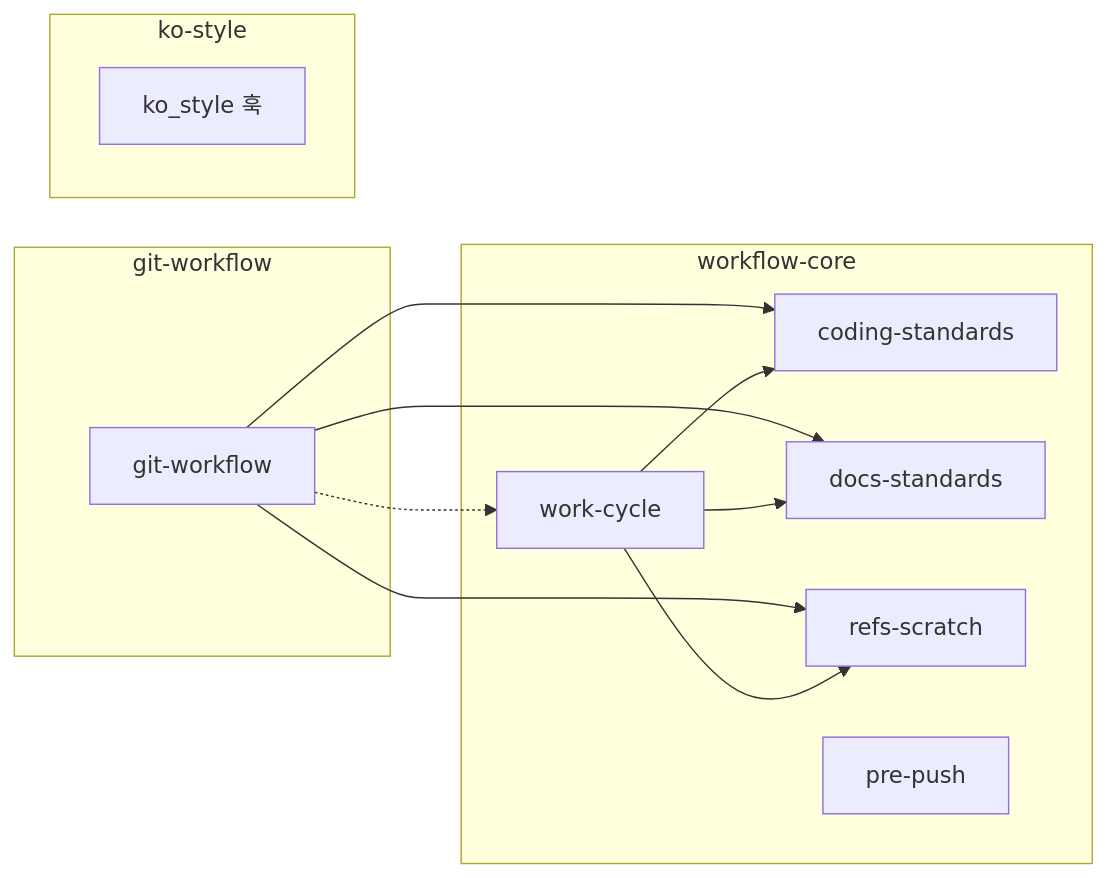
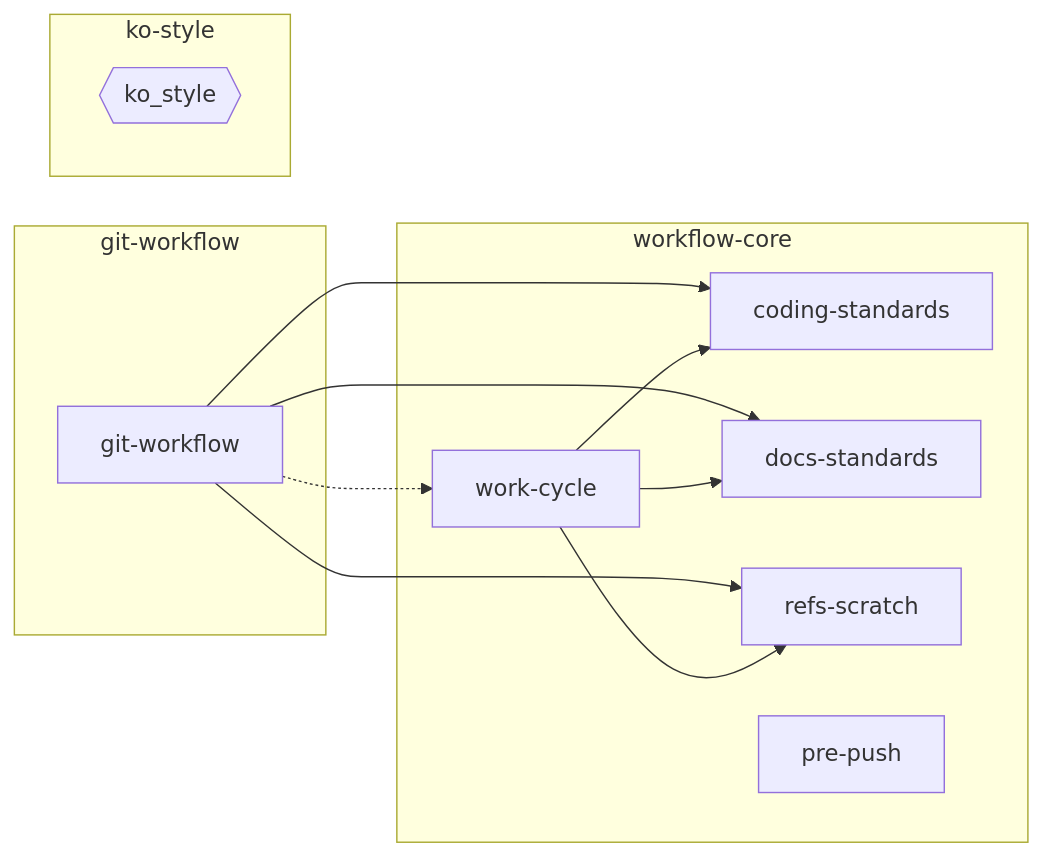
The diagram in docs/architecture/component-dependency.md (nil-park/claude-workflow-kit), drawn with Mermaid before and after one commit. The commit also changed other lines of this file, not shown here.

````diff
--- a/docs/architecture/component-dependency.md
+++ b/docs/architecture/component-dependency.md
@@ -5,24 +5,24 @@
 ```mermaid
 flowchart LR
   subgraph gw["git-workflow"]
     gwf["git-workflow"]
   end
   subgraph wc["workflow-core"]
     cyc["work-cycle"]
     cs["coding-standards"]
     ds["docs-standards"]
     rs["refs-scratch"]
     pp["pre-push"]
   end
   subgraph ks["ko-style"]
-    hook["ko_style 훅"]
+    hook{{"ko_style"}}
   end
 
   gwf --> cs
   gwf --> ds
   gwf --> rs
   gwf -.-> cyc
   cyc --> cs
   cyc --> ds
   cyc --> rs
 ```
````
